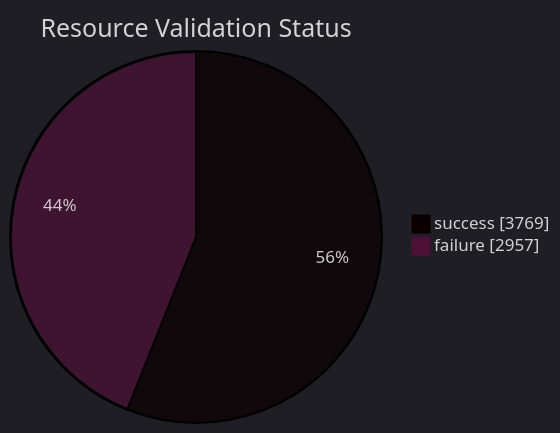
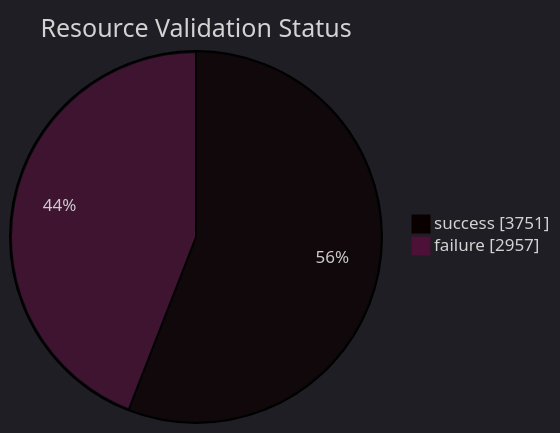
The diagram in datastore_tracker/resource_validation_status_pie_chart.md (open-data/analytics-corporate-reporting), drawn with Mermaid before and after one commit. The commit also changed 9 other files, not shown here.

````diff
--- a/datastore_tracker/resource_validation_status_pie_chart.md
+++ b/datastore_tracker/resource_validation_status_pie_chart.md
@@ -2,9 +2,9 @@
 ```mermaid
 ---
 config:
   theme: dark
 ---
 pie showData title Resource Validation Status
-    "success": 3769
+    "success": 3751
     "failure": 2957
 ```
````
